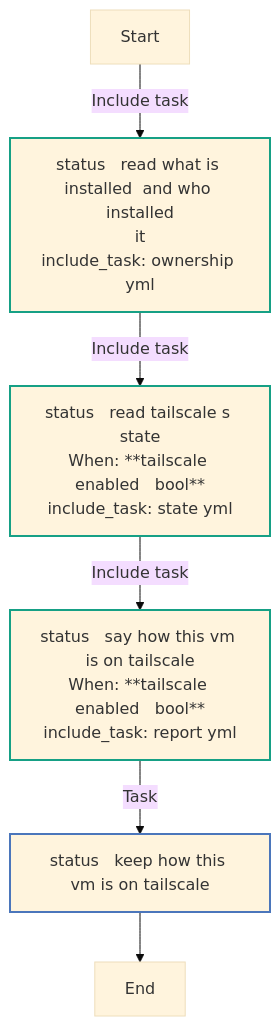
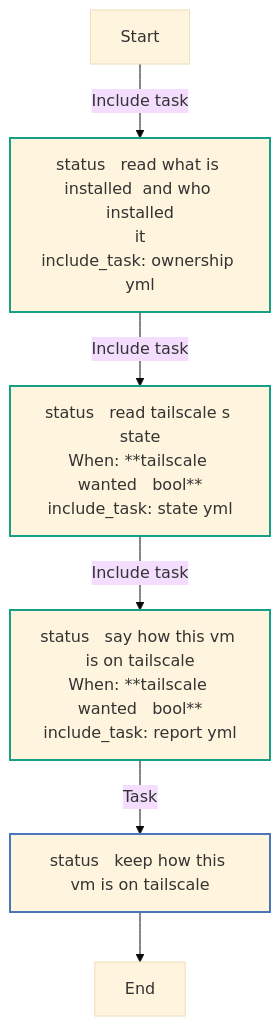
Diagram 12 of 13 in docs/reference/roles/tailscale.md (kawadeomkar/agent-warehouse), drawn with Mermaid (base theme) before and after one commit. The commit also changed other lines of this file and 32 other files, not shown here.

````diff
--- a/docs/reference/roles/tailscale.md
+++ b/docs/reference/roles/tailscale.md
@@ -572,18 +574,18 @@
 ```mermaid
 flowchart TD
 Start
 classDef block stroke:#3498db,stroke-width:2px;
 classDef task stroke:#4b76bb,stroke-width:2px;
 classDef includeTasks stroke:#16a085,stroke-width:2px;
 classDef importTasks stroke:#34495e,stroke-width:2px;
 classDef includeRole stroke:#2980b9,stroke-width:2px;
 classDef importRole stroke:#699ba7,stroke-width:2px;
 classDef includeVars stroke:#8e44ad,stroke-width:2px;
 classDef rescue stroke:#665352,stroke-width:2px;
 
   Start-->|Include task| status___Read_what_is_installed__and_who_installed_it_ownership_yml_0[status   read what is installed  and who installed<br>it<br>include_task: ownership yml]:::includeTasks
-  status___Read_what_is_installed__and_who_installed_it_ownership_yml_0-->|Include task| status___Read_Tailscale_s_state_state_yml_1[status   read tailscale s state<br>When: **tailscale enabled   bool**<br>include_task: state yml]:::includeTasks
-  status___Read_Tailscale_s_state_state_yml_1-->|Include task| status___Say_how_this_VM_is_on_Tailscale_report_yml_2[status   say how this vm is on tailscale<br>When: **tailscale enabled   bool**<br>include_task: report yml]:::includeTasks
+  status___Read_what_is_installed__and_who_installed_it_ownership_yml_0-->|Include task| status___Read_Tailscale_s_state_state_yml_1[status   read tailscale s state<br>When: **tailscale wanted   bool**<br>include_task: state yml]:::includeTasks
+  status___Read_Tailscale_s_state_state_yml_1-->|Include task| status___Say_how_this_VM_is_on_Tailscale_report_yml_2[status   say how this vm is on tailscale<br>When: **tailscale wanted   bool**<br>include_task: report yml]:::includeTasks
   status___Say_how_this_VM_is_on_Tailscale_report_yml_2-->|Task| status___Keep_how_this_VM_is_on_Tailscale3[status   keep how this vm is on tailscale]:::task
   status___Keep_how_this_VM_is_on_Tailscale3-->End
 ```
````
